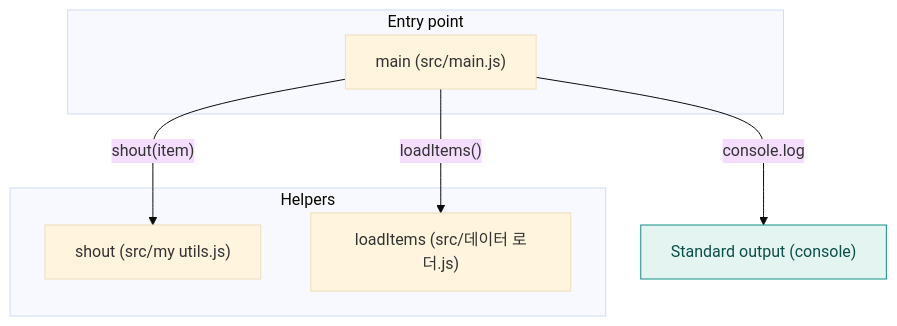
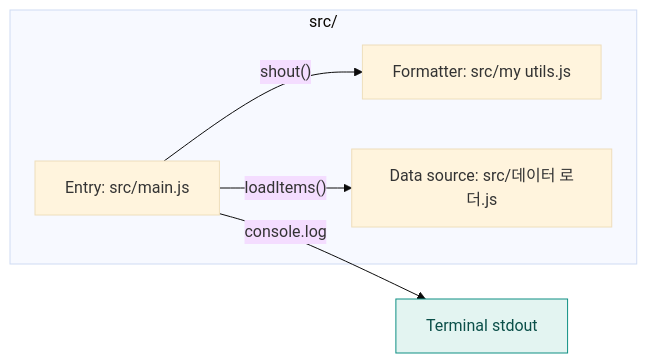
One commit to hxxnn/codemap changed the third of 3 diagrams in examples/edge-names/docs/codemap/architecture.md. Above: the diagram before and after it, drawn with Mermaid (base theme). The commit also changed other lines of this file and 35 other files, not shown here.

First line of the commit message:
test: regenerate examples with the final diagram rules

````diff
--- a/examples/edge-names/docs/codemap/architecture.md
+++ b/examples/edge-names/docs/codemap/architecture.md
@@ -46,15 +46,13 @@
 ```mermaid
-flowchart TD
-  subgraph entry["Entry point"]
-    n1["main (src/main.js)"]
+flowchart LR
+  subgraph app["src/"]
+    main["Entry: src/main.js"]
+    utils["Formatter: src/my utils.js"]
+    loader["Data source: src/데이터 로더.js"]
   end
-  subgraph lib["Helpers"]
-    n2["shout (src/my utils.js)"]
-    n3["loadItems (src/데이터 로더.js)"]
-  end
-  n4["Standard output (console)"]:::external
-  n1 -->|"loadItems()"| n3
-  n1 -->|"shout(item)"| n2
-  n1 -->|"console.log"| n4
+  o["Terminal stdout"]:::external
+  main -->|"loadItems()"| loader
+  main -->|"shout()"| utils
+  main -->|"console.log"| o
   classDef external fill:#E3F4F1,stroke:#0E8F83,color:#0B4F49
 ```
````
